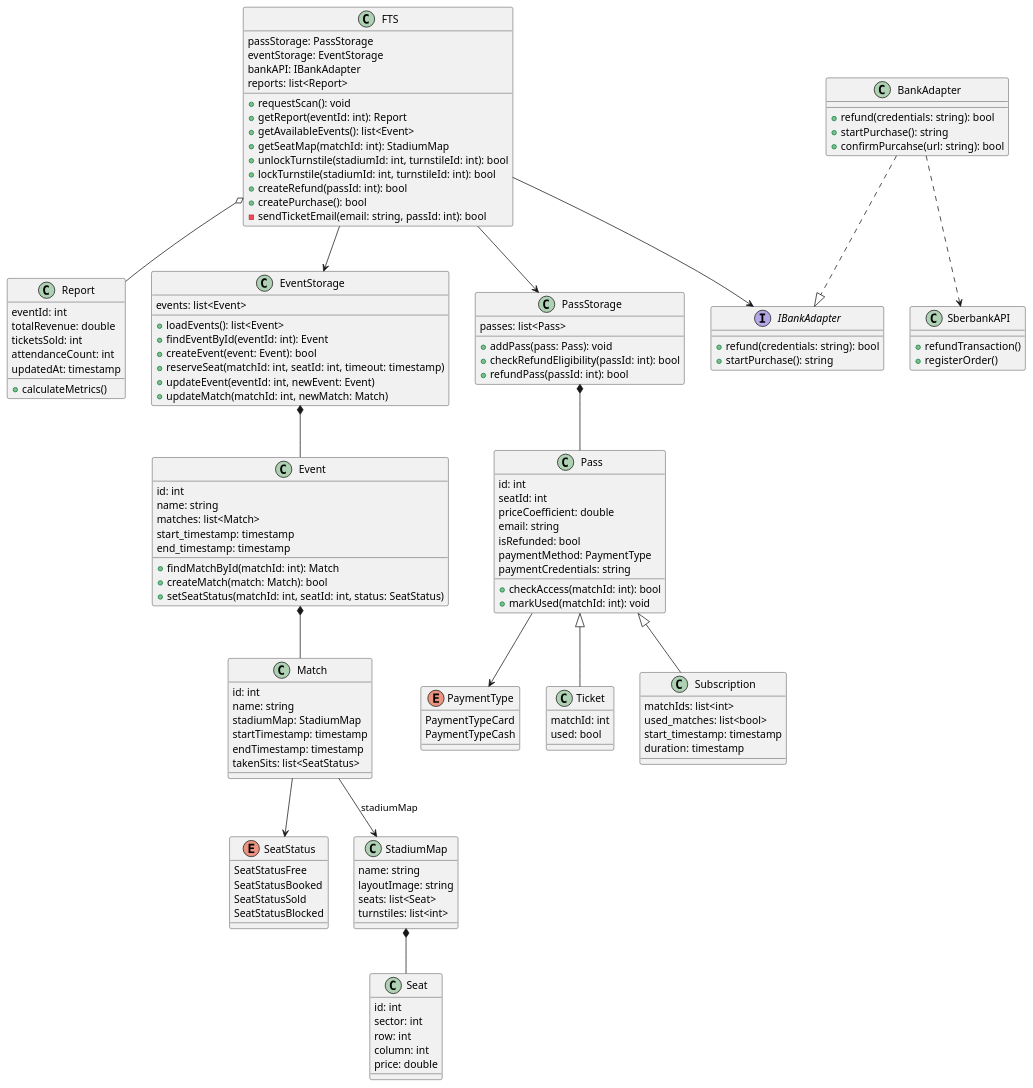
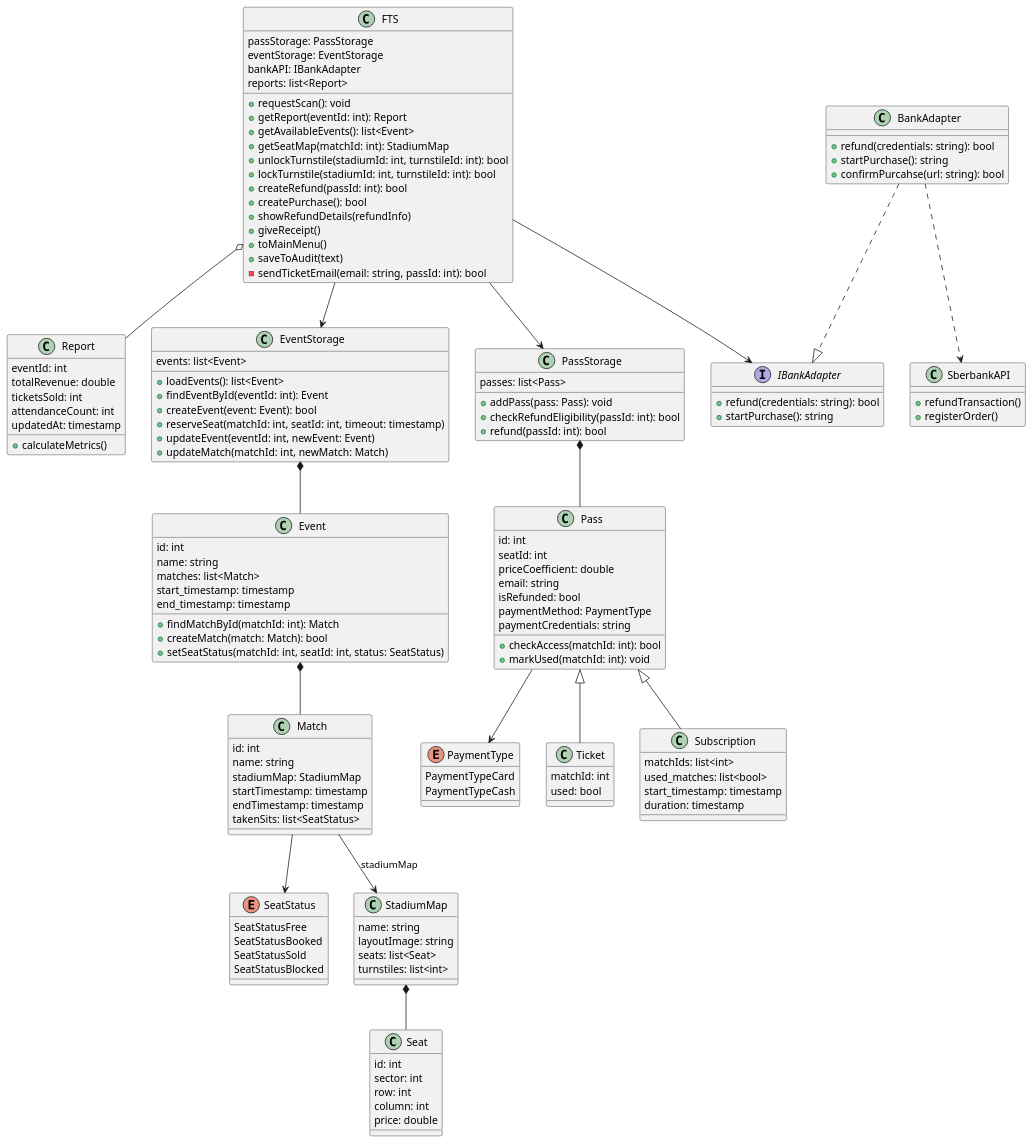
The diagram in Диаграмма Классов.md (penamarth/bsbo-11-24_team5_var10_football), drawn with PlantUML before and after one commit. The commit also changed 7 other files, not shown here.

```diff
--- a/Диаграмма Классов.md
+++ b/Диаграмма Классов.md
@@ -27,6 +27,10 @@
 	+ lockTurnstile(stadiumId: int, turnstileId: int): bool
 	+ createRefund(passId: int): bool
 	+ createPurchase(): bool
+    + showRefundDetails(refundInfo)
+    + giveReceipt()
+    + toMainMenu()
+    + saveToAudit(text)
 	- sendTicketEmail(email: string, passId: int): bool
 }
 
@@ -88,7 +92,7 @@
 	passes: list<Pass>
 	+ addPass(pass: Pass): void
 	+ checkRefundEligibility(passId: int): bool
-	+ refundPass(passId: int): bool
+	+ refund(passId: int): bool
 }
 
 interface IBankAdapter {
```
